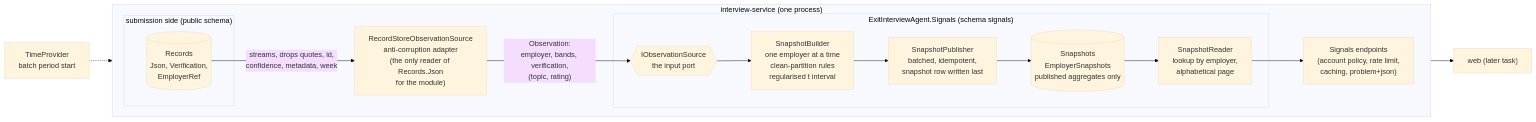
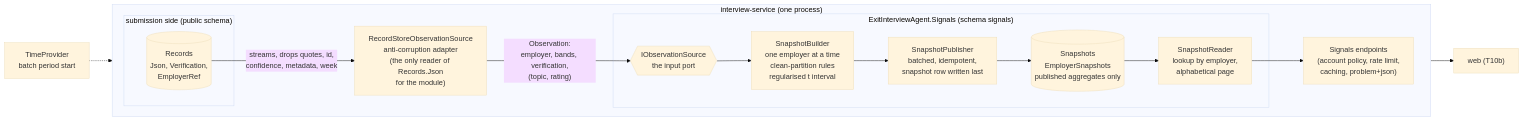
Before and after one commit to konradcinkusz/exit-interview-agent: the diagram in docs/architecture/signals.md, drawn with Mermaid (base theme). The commit also changed other lines of this file and 11 other files, not shown here.

````diff
--- a/docs/architecture/signals.md
+++ b/docs/architecture/signals.md
@@ -9,25 +9,25 @@
 ```mermaid
 flowchart LR
     subgraph IS["interview-service (one process)"]
         direction LR
         subgraph SUB["submission side (public schema)"]
             REC[("Records\nJson, Verification,\nEmployerRef")]
         end
         AD["RecordStoreObservationSource\nanti-corruption adapter\n(the only reader of Records.Json\nfor the module)"]
         subgraph SIG["ExitInterviewAgent.Signals (schema signals)"]
             PORT{{"IObservationSource\nthe input port"}}
             BLD["SnapshotBuilder\none employer at a time\nclean-partition rules\nregularised t interval"]
             PUB["SnapshotPublisher\nbatched, idempotent,\nsnapshot row written last"]
             STORE[("Snapshots\nEmployerSnapshots\npublished aggregates only")]
             RD["SnapshotReader\nlookup by employer,\nalphabetical page"]
         end
         EP["Signals endpoints\n(account policy, rate limit,\ncaching, problem+json)"]
     end
-    WEB["web (later task)"]
+    WEB["web (T10b)"]
     REC -->|"streams, drops quotes, id,\nconfidence, metadata, week"| AD
     AD -->|"Observation:\nemployer, bands, verification,\n(topic, rating)"| PORT
     PORT --> BLD --> PUB --> STORE
     STORE --> RD --> EP
     EP --> WEB
     CLOCK["TimeProvider\nbatch period start"] -.-> PUB
 ```
````
